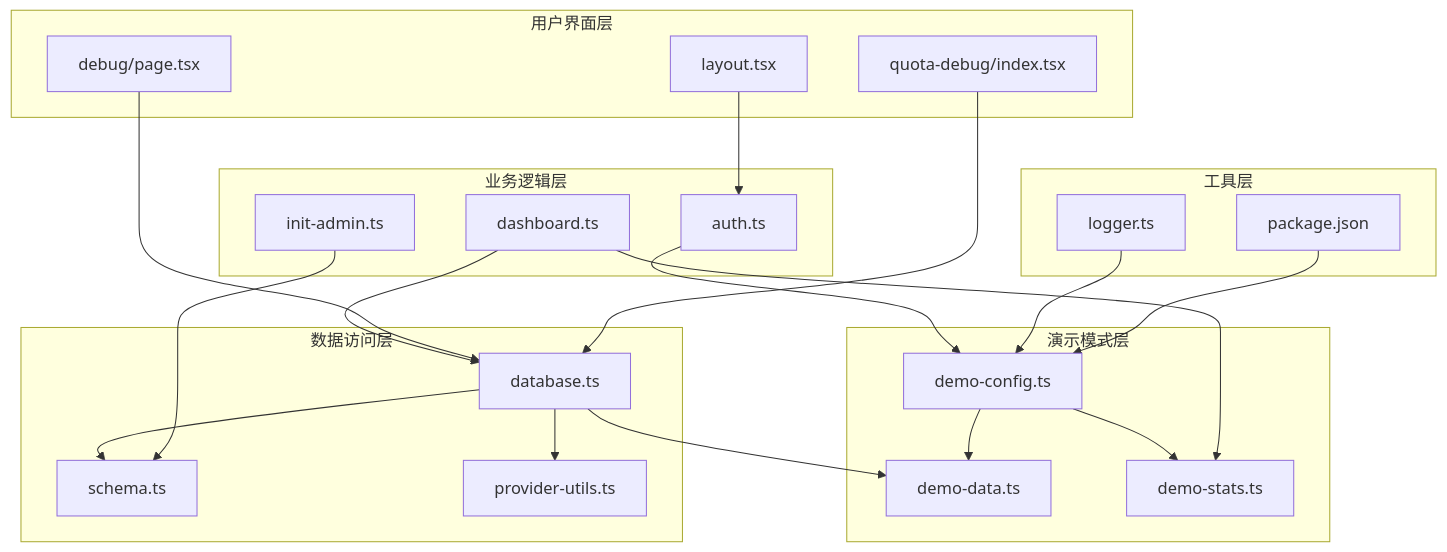
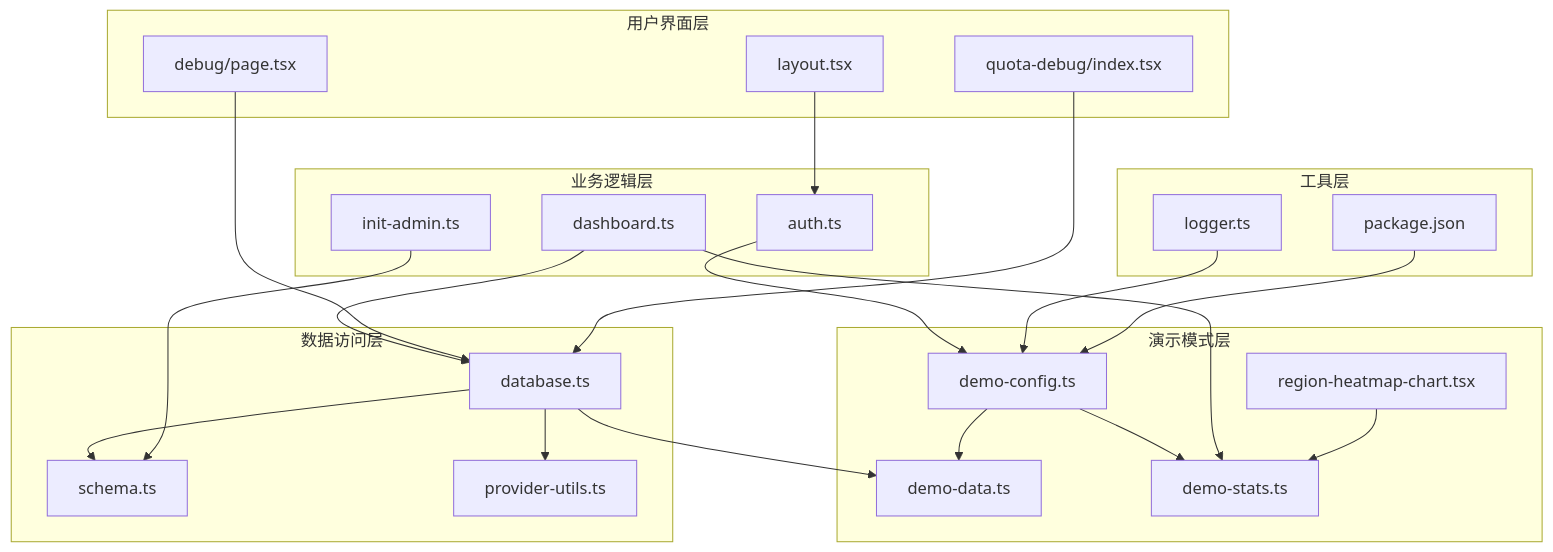
One commit to RadiumAg/AIGate changed the ninth of 9 diagrams in .qoder/repowiki/zh/content/核心功能/演示模式系统.md. Above: the diagram before and after it, drawn with Mermaid. The commit also changed other lines of this file and 30 other files, not shown here.

````diff
--- a/.qoder/repowiki/zh/content/核心功能/演示模式系统.md
+++ b/.qoder/repowiki/zh/content/核心功能/演示模式系统.md
@@ -468,41 +533,43 @@
 ```mermaid
 graph TB
 subgraph "演示模式层"
 DC[demo-config.ts]
 DD[demo-data.ts]
 DS[demo-stats.ts]
+RHC[region-heatmap-chart.tsx]
 end
 subgraph "数据访问层"
 DB[database.ts]
 SC[schema.ts]
 PU[provider-utils.ts]
 end
 subgraph "业务逻辑层"
 DR[dashboard.ts]
 AU[auth.ts]
 IL[init-admin.ts]
 end
 subgraph "用户界面层"
 DP[debug/page.tsx]
 QD[quota-debug/index.tsx]
 LYT[layout.tsx]
 end
 subgraph "工具层"
 PKG[package.json]
 LG[logger.ts]
 end
 DC --> DD
 DC --> DS
 DB --> DD
 DB --> SC
 DB --> PU
 DR --> DB
 DR --> DS
 AU --> DC
 IL --> SC
 DP --> DB
 QD --> DB
 LYT --> AU
 LG --> DC
+RHC --> DS
 PKG --> DC
 ```
````
